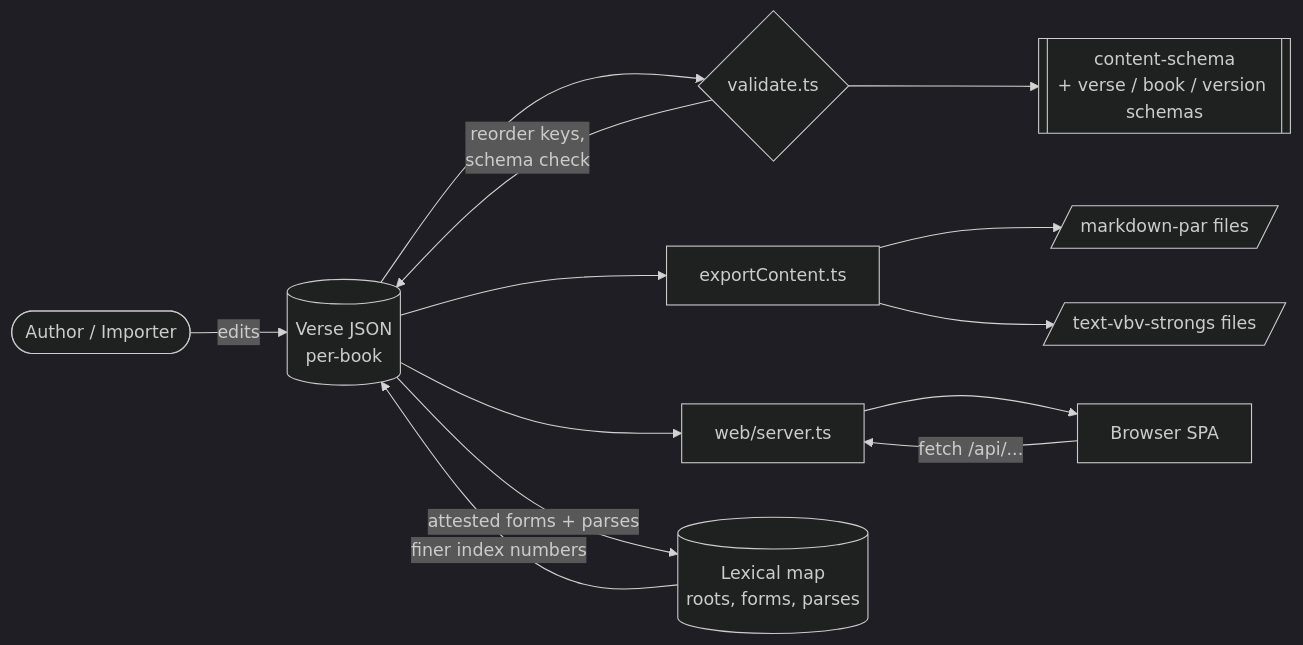
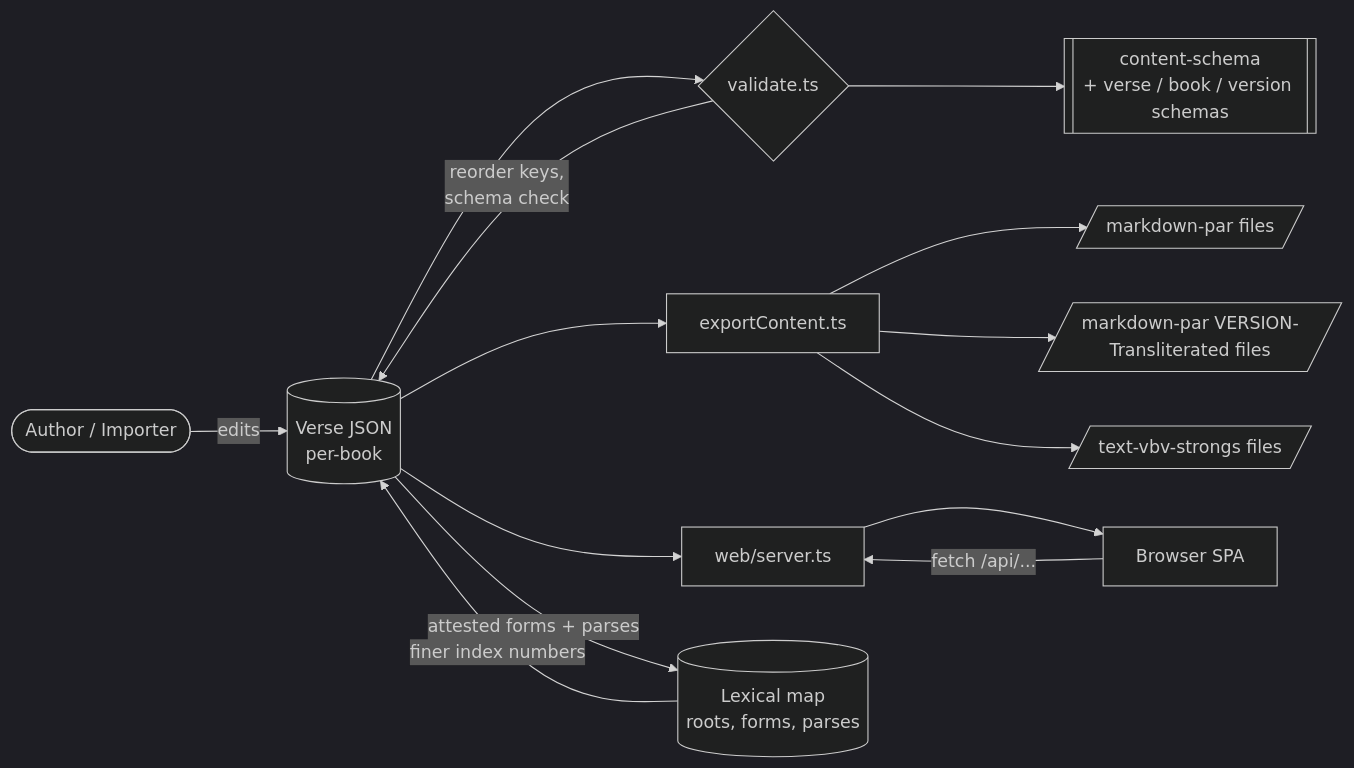
One commit to LegendaryMediaTV/EGP-Graphai changed the diagram in _specs/documentation/EGP-Graphai/README.md. Above: the diagram before and after it, drawn with Mermaid. The commit also changed other lines of this file and 818 other files, not shown here.

````diff
--- a/_specs/documentation/EGP-Graphai/README.md
+++ b/_specs/documentation/EGP-Graphai/README.md
@@ -21,19 +19,20 @@
 ```mermaid
 %%{init: {'theme': 'dark'}}%%
 flowchart LR
     Author([Author / Importer]) -->|edits| VerseFiles[(Verse JSON<br/>per-book)]
     VerseFiles --> Validate{validate.ts}
     Validate -->|reorder keys,<br/>schema check| VerseFiles
     Validate --> Schemas[[content-schema<br/>+ verse / book / version schemas]]
 
     VerseFiles --> Export[exportContent.ts]
     Export --> Markdown[/markdown-par files/]
+    Export --> Roman[/markdown-par VERSION-Transliterated files/]
     Export --> Text[/text-vbv-strongs files/]
 
     VerseFiles --> Server[web/server.ts]
     Server --> Reader[Browser SPA]
     Reader -->|fetch /api/...| Server
 
     VerseFiles -->|attested forms + parses| Map[(Lexical map<br/>roots, forms, parses)]
     Map -->|finer index numbers| VerseFiles
 ```
````
